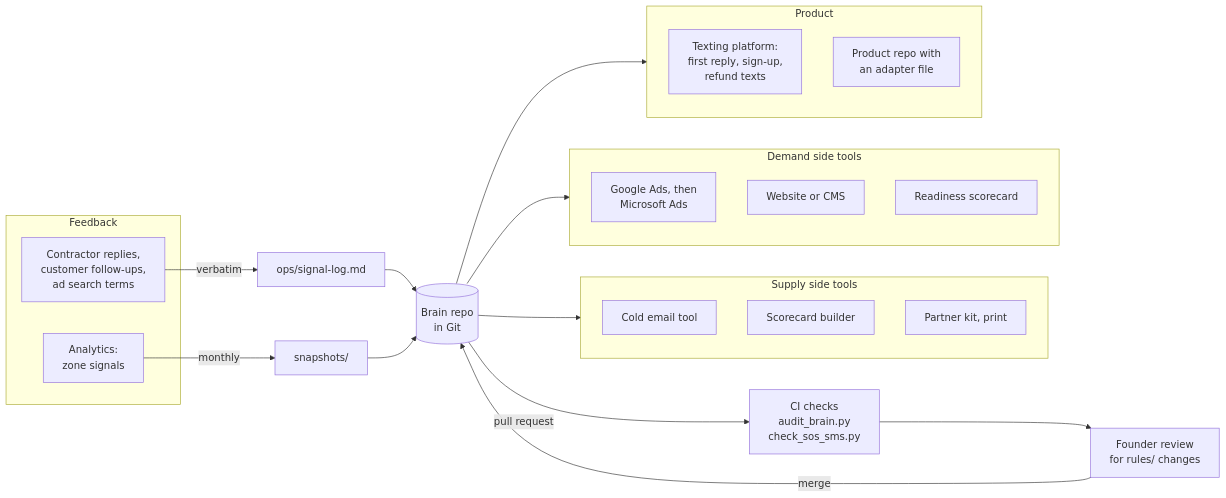
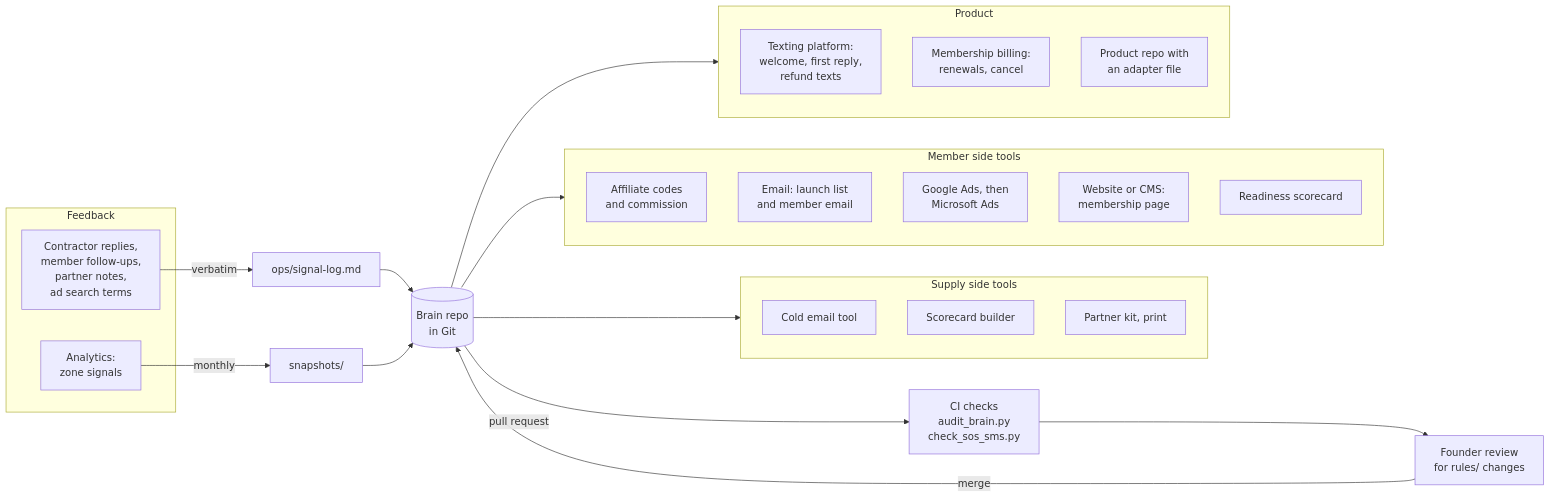
The seventh of 9 diagrams in README.md (Saasrelaunchdev/SOSSMSGTMBrain), drawn with Mermaid before and after one commit. The commit also changed other lines of this file and 109 other files, not shown here.

````diff
--- a/README.md
+++ b/README.md
@@ -330,32 +331,35 @@
 ```mermaid
 flowchart LR
     subgraph LOOP["Feedback"]
-        INB["Contractor replies,<br/>customer follow-ups,<br/>ad search terms"]
+        INB["Contractor replies,<br/>member follow-ups,<br/>partner notes,<br/>ad search terms"]
         AN["Analytics:<br/>zone signals"]
     end
     INB -->|"verbatim"| SIG["ops/signal-log.md"]
     AN -->|"monthly"| SNAP["snapshots/"]
     SIG --> BR
     SNAP --> BR
     BR[("Brain repo<br/>in Git")]
     BR -->|"pull request"| CI["CI checks<br/>audit_brain.py<br/>check_sos_sms.py"]
     CI --> REV["Founder review<br/>for rules/ changes"]
     REV -->|"merge"| BR
     BR --> SUP
     BR --> DEM
     BR --> PROD
     subgraph SUP["Supply side tools"]
         EM["Cold email tool"]
         SC["Scorecard builder"]
         PK["Partner kit, print"]
     end
-    subgraph DEM["Demand side tools"]
+    subgraph DEM["Member side tools"]
+        AFF["Affiliate codes<br/>and commission"]
+        ME["Email: launch list<br/>and member email"]
         ADS["Google Ads, then<br/>Microsoft Ads"]
-        WEB["Website or CMS"]
+        WEB["Website or CMS:<br/>membership page"]
         RS["Readiness scorecard"]
     end
     subgraph PROD["Product"]
-        SMS["Texting platform:<br/>first reply, sign-up,<br/>refund texts"]
+        SMS["Texting platform:<br/>welcome, first reply,<br/>refund texts"]
+        BILL["Membership billing:<br/>renewals, cancel"]
         APP["Product repo with<br/>an adapter file"]
     end
 ```
````
